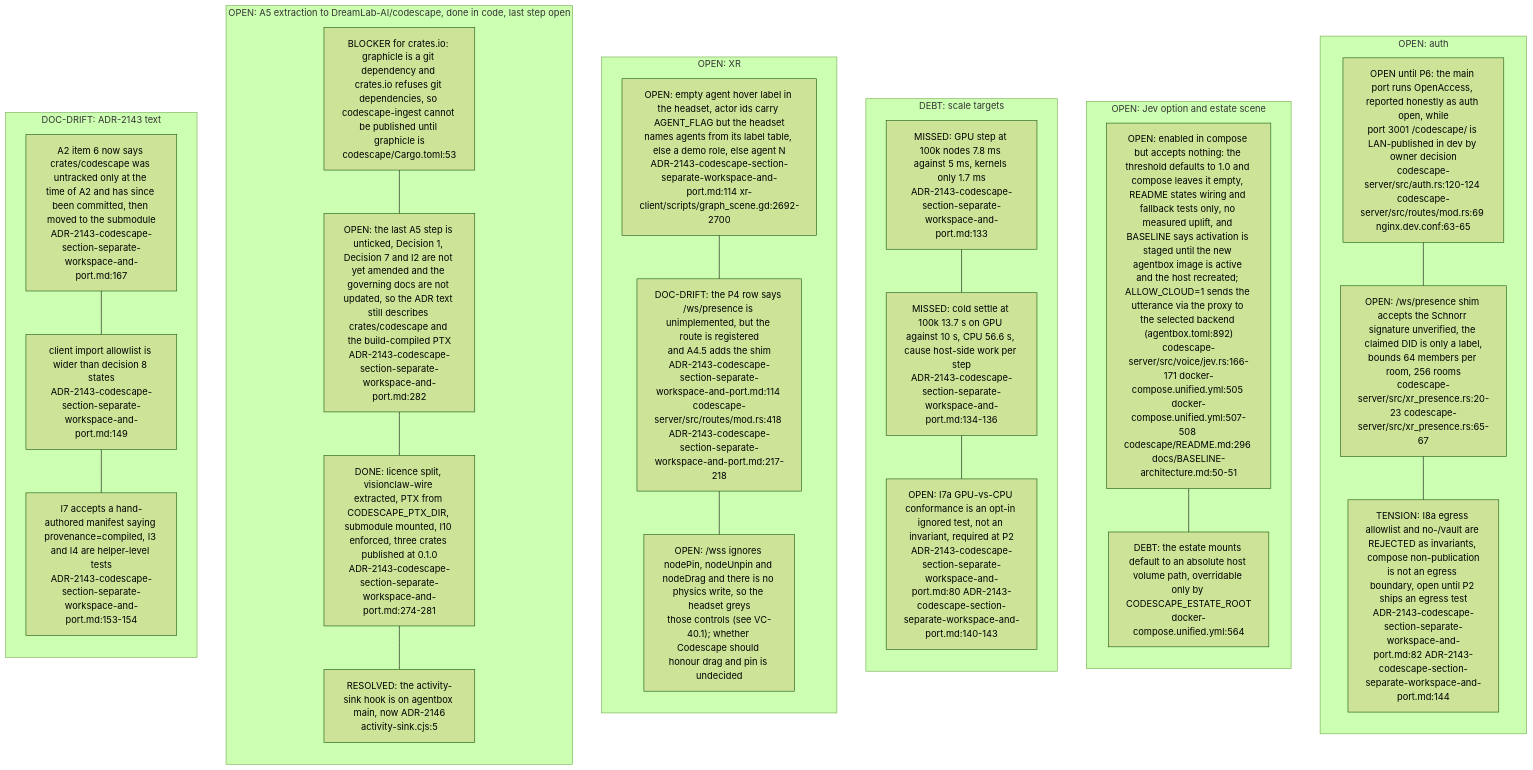
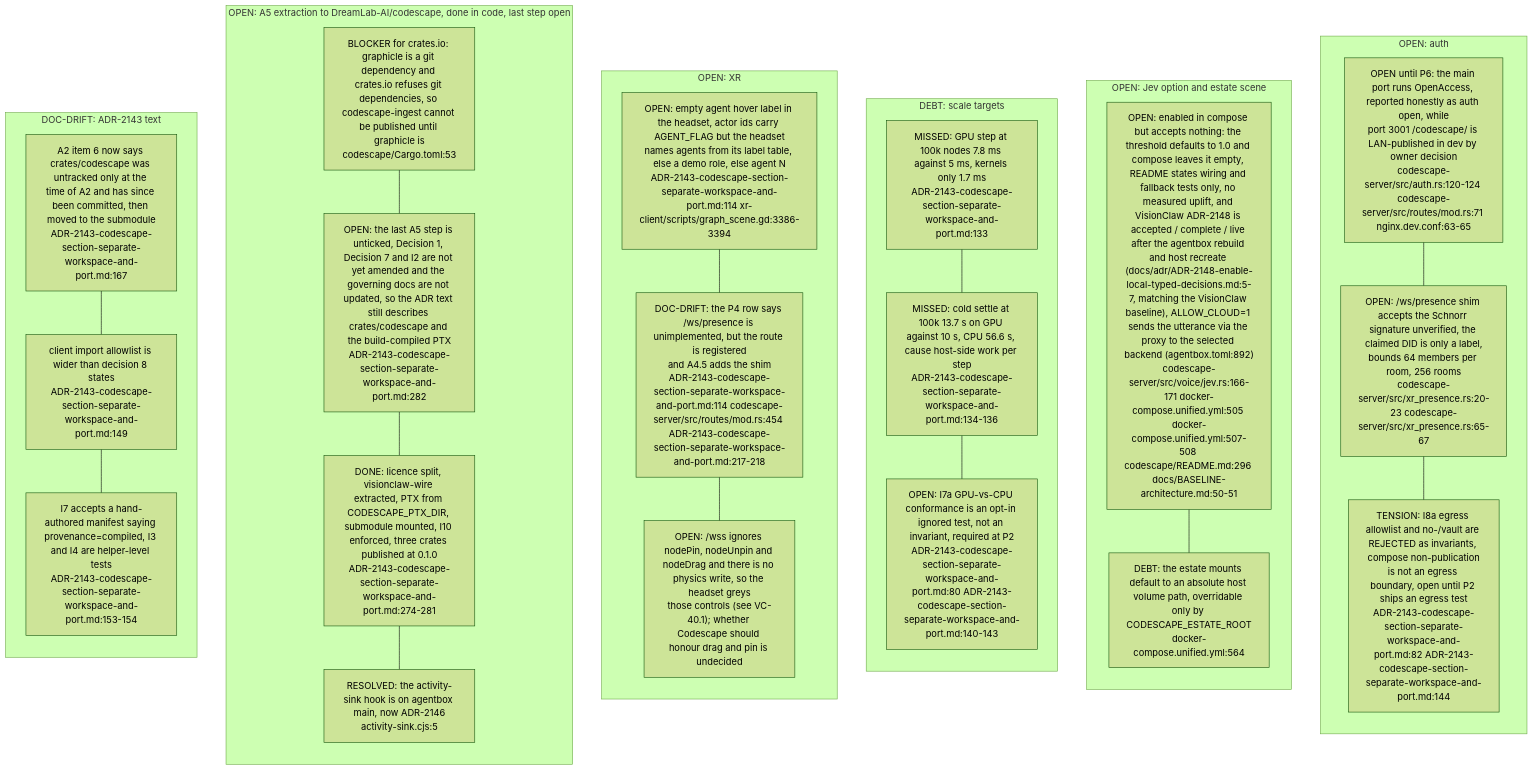
The seventh of 7 diagrams in docs/diagrams/visionclaw/39-codescape.md (DreamLab-AI/VisionFlow), drawn with Mermaid (forest theme) before and after one commit. The commit also changed other lines of this file and 151 other files, not shown here.

````diff
--- a/docs/diagrams/visionclaw/39-codescape.md
+++ b/docs/diagrams/visionclaw/39-codescape.md
@@ -335,45 +337,45 @@
 ```mermaid
 flowchart TB
     subgraph SEC["OPEN: auth"]
         direction TB
-        R1["OPEN until P6: the main port runs OpenAccess, reported honestly as auth open, while<br/>port 3001 /codescape/ is LAN-published in dev by owner decision<br/>codescape-server/src/auth.rs:120-124 codescape-server/src/routes/mod.rs:69 nginx.dev.conf:63-65"]
+        R1["OPEN until P6: the main port runs OpenAccess, reported honestly as auth open, while<br/>port 3001 /codescape/ is LAN-published in dev by owner decision<br/>codescape-server/src/auth.rs:120-124 codescape-server/src/routes/mod.rs:71 nginx.dev.conf:63-65"]
         R2["OPEN: /ws/presence shim accepts the Schnorr signature unverified, the claimed DID is only a label,<br/>bounds 64 members per room, 256 rooms<br/>codescape-server/src/xr_presence.rs:20-23 codescape-server/src/xr_presence.rs:65-67"]
         R3["TENSION: I8a egress allowlist and no-/vault are REJECTED as invariants, compose non-publication<br/>is not an egress boundary, open until P2 ships an egress test<br/>ADR-2143-codescape-section-separate-workspace-and-port.md:82 ADR-2143-codescape-section-separate-workspace-and-port.md:144"]
         R1 --- R2 --- R3
     end
     subgraph JEVG["OPEN: Jev option and estate scene"]
         direction TB
-        J1["OPEN: enabled in compose but accepts nothing: the threshold defaults to 1.0 and compose leaves it empty, README states wiring and fallback tests only, no measured uplift, and BASELINE says activation is staged until the new agentbox image is active and the host recreated; ALLOW_CLOUD=1 sends the utterance via the proxy to the selected backend (agentbox.toml:892)<br/>codescape-server/src/voice/jev.rs:166-171 docker-compose.unified.yml:505 docker-compose.unified.yml:507-508 codescape/README.md:296 docs/BASELINE-architecture.md:50-51"]
+        J1["OPEN: enabled in compose but accepts nothing: the threshold defaults to 1.0 and compose leaves it empty, README states wiring and fallback tests only, no measured uplift, and VisionClaw ADR-2148 is accepted / complete / live after the agentbox rebuild and host recreate (docs/adr/ADR-2148-enable-local-typed-decisions.md:5-7, matching the VisionClaw baseline), ALLOW_CLOUD=1 sends the utterance via the proxy to the selected backend (agentbox.toml:892)<br/>codescape-server/src/voice/jev.rs:166-171 docker-compose.unified.yml:505 docker-compose.unified.yml:507-508 codescape/README.md:296 docs/BASELINE-architecture.md:50-51"]
         J2["DEBT: the estate mounts default to an absolute host volume path, overridable only by CODESCAPE_ESTATE_ROOT<br/>docker-compose.unified.yml:564"]
         J1 --- J2
     end
     subgraph PERF["DEBT: scale targets"]
         direction TB
         P1["MISSED: GPU step at 100k nodes 7.8 ms against 5 ms, kernels only 1.7 ms<br/>ADR-2143-codescape-section-separate-workspace-and-port.md:133"]
         P2["MISSED: cold settle at 100k 13.7 s on GPU against 10 s, CPU 56.6 s, cause host-side work per step<br/>ADR-2143-codescape-section-separate-workspace-and-port.md:134-136"]
         P3["OPEN: I7a GPU-vs-CPU conformance is an opt-in ignored test, not an invariant, required at P2<br/>ADR-2143-codescape-section-separate-workspace-and-port.md:80 ADR-2143-codescape-section-separate-workspace-and-port.md:140-143"]
         P1 --- P2 --- P3
     end
     subgraph XRG["OPEN: XR"]
         direction TB
-        X1["OPEN: empty agent hover label in the headset, actor ids carry AGENT_FLAG but the headset<br/>names agents from its label table, else a demo role, else agent N<br/>ADR-2143-codescape-section-separate-workspace-and-port.md:114 xr-client/scripts/graph_scene.gd:2692-2700"]
-        X2["DOC-DRIFT: the P4 row says /ws/presence is unimplemented, but the route is registered<br/>and A4.5 adds the shim<br/>ADR-2143-codescape-section-separate-workspace-and-port.md:114 codescape-server/src/routes/mod.rs:418 ADR-2143-codescape-section-separate-workspace-and-port.md:217-218"]
+        X1["OPEN: empty agent hover label in the headset, actor ids carry AGENT_FLAG but the headset<br/>names agents from its label table, else a demo role, else agent N<br/>ADR-2143-codescape-section-separate-workspace-and-port.md:114 xr-client/scripts/graph_scene.gd:3386-3394"]
+        X2["DOC-DRIFT: the P4 row says /ws/presence is unimplemented, but the route is registered<br/>and A4.5 adds the shim<br/>ADR-2143-codescape-section-separate-workspace-and-port.md:114 codescape-server/src/routes/mod.rs:454 ADR-2143-codescape-section-separate-workspace-and-port.md:217-218"]
         X3["OPEN: /wss ignores nodePin, nodeUnpin and nodeDrag and there is no physics write, so the headset greys<br/>those controls (see VC-40.1); whether Codescape should honour drag and pin is undecided"]
         X1 --- X2 --- X3
     end
     subgraph EXT["OPEN: A5 extraction to DreamLab-AI/codescape, done in code, last step open"]
         direction TB
         E1["BLOCKER for crates.io: graphicle is a git dependency and crates.io refuses git dependencies, so codescape-ingest cannot be published until graphicle is<br/>codescape/Cargo.toml:53"]
         E2["OPEN: the last A5 step is unticked, Decision 1, Decision 7 and I2 are not yet amended and the governing docs are not updated, so the ADR text still describes crates/codescape and the build-compiled PTX<br/>ADR-2143-codescape-section-separate-workspace-and-port.md:282"]
         E3["DONE: licence split, visionclaw-wire extracted, PTX from CODESCAPE_PTX_DIR, submodule mounted, I10 enforced, three crates published at 0.1.0<br/>ADR-2143-codescape-section-separate-workspace-and-port.md:274-281"]
         E4["RESOLVED: the activity-sink hook is on agentbox main, now ADR-2146<br/>activity-sink.cjs:5"]
         E1 --- E2 --- E3 --- E4
     end
     subgraph DR["DOC-DRIFT: ADR-2143 text"]
         direction TB
         D1["A2 item 6 now says crates/codescape was untracked only at the time of A2 and has since been committed, then moved to the submodule<br/>ADR-2143-codescape-section-separate-workspace-and-port.md:167"]
         D2["client import allowlist is wider than decision 8 states<br/>ADR-2143-codescape-section-separate-workspace-and-port.md:149"]
         D3["I7 accepts a hand-authored manifest saying provenance=compiled, I3 and I4 are helper-level tests<br/>ADR-2143-codescape-section-separate-workspace-and-port.md:153-154"]
         D1 --- D2 --- D3
     end
 ```
````
